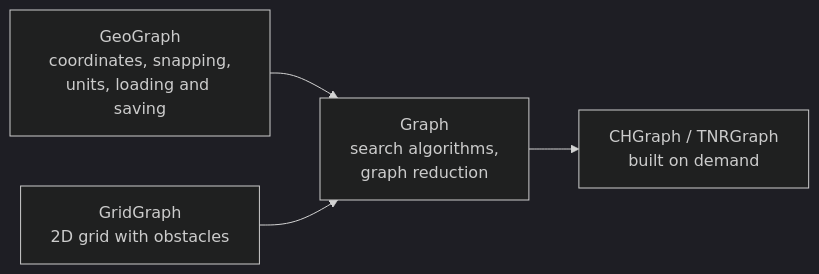
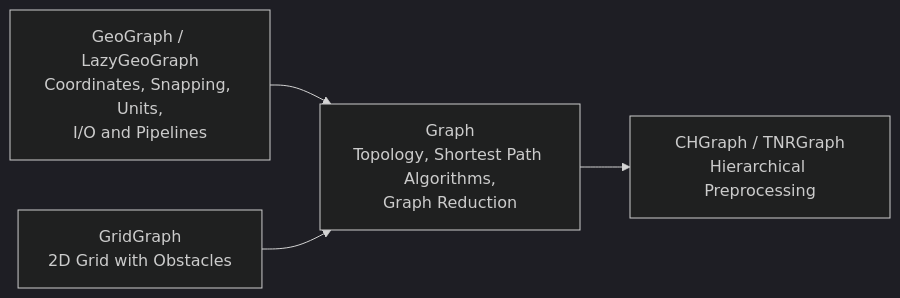
One commit to connor-makowski/scgraph changed the first of 4 diagrams in ARCHITECTURE.md. Above: the diagram before and after it, drawn with Mermaid (dark theme). The commit also changed other lines of this file and 15 other files, not shown here.

````diff
--- a/ARCHITECTURE.md
+++ b/ARCHITECTURE.md
@@ -21,6 +23,6 @@
 ```mermaid
 flowchart LR
-    GEO["GeoGraph<br/>coordinates, snapping,<br/>units, loading and saving"] --> G
-    GRID["GridGraph<br/>2D grid with obstacles"] --> G
-    G["Graph<br/>search algorithms,<br/>graph reduction"] --> CH["CHGraph / TNRGraph<br/>built on demand"]
+    GEO["GeoGraph / LazyGeoGraph<br/>Coordinates, Snapping, Units,<br/>I/O and Pipelines"] --> G
+    GRID["GridGraph<br/>2D Grid with Obstacles"] --> G
+    G["Graph<br/>Topology, Shortest Path Algorithms,<br/>Graph Reduction"] --> CH["CHGraph / TNRGraph<br/>Hierarchical Preprocessing"]
 ```
````
